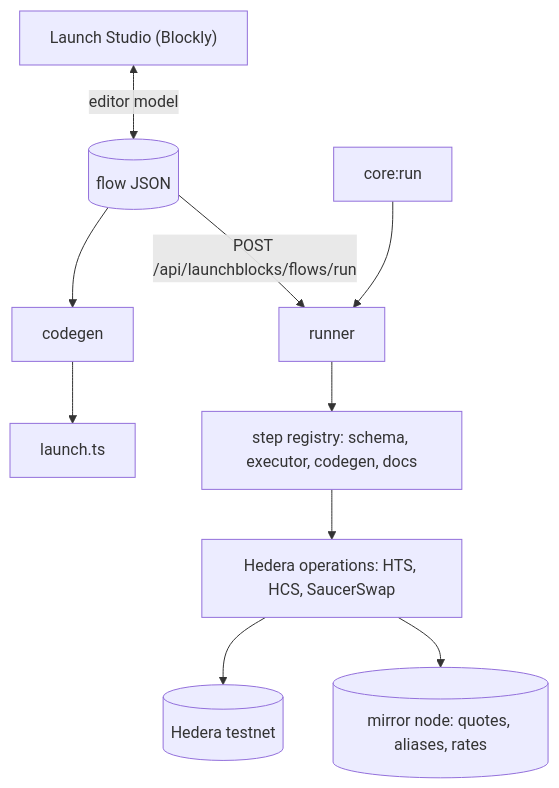
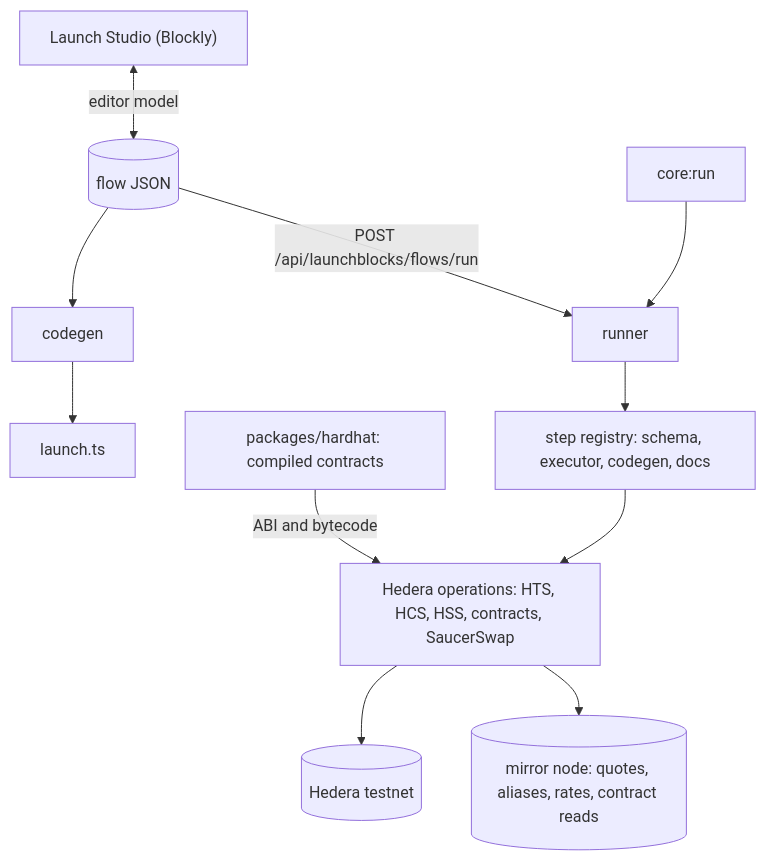
The diagram in README.md (jmgomezl/scaffold-hbar-launchblocks), drawn with Mermaid before and after one commit. The commit also changed other lines of this file and 3 other files, not shown here.

````diff
--- a/README.md
+++ b/README.md
@@ -121,11 +123,12 @@
 ```mermaid
 flowchart TB
   Studio["Launch Studio (Blockly)"] <-->|editor model| Flow[("flow JSON")]
   CLI["core:run"] --> Runner
   Flow -->|"POST /api/launchblocks/flows/run"| Runner["runner"]
   Flow --> Codegen["codegen"] --> Script["launch.ts"]
   Runner --> Registry["step registry: schema, executor, codegen, docs"]
-  Registry --> Ops["Hedera operations: HTS, HCS, SaucerSwap"]
+  Registry --> Ops["Hedera operations: HTS, HCS, HSS, contracts, SaucerSwap"]
+  Hardhat["packages/hardhat: compiled contracts"] -->|ABI and bytecode| Ops
   Ops --> Hedera[("Hedera testnet")]
-  Ops --> Mirror[("mirror node: quotes, aliases, rates")]
+  Ops --> Mirror[("mirror node: quotes, aliases, rates, contract reads")]
 ```
````
